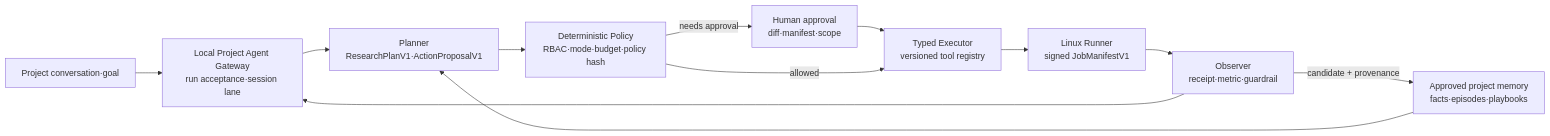
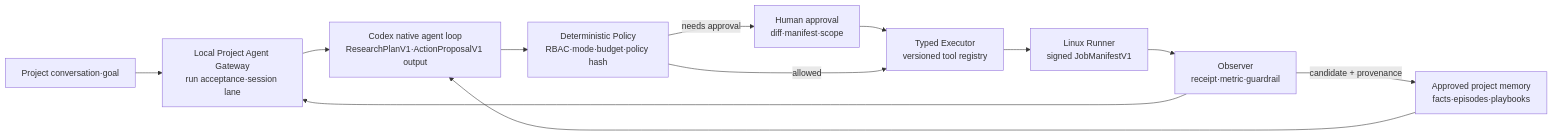
One commit to gli-minsuk-shin/GOSU changed the sixth of 6 diagrams in docs/ARCHITECTURE.md. Above: the diagram before and after it, drawn with Mermaid. The commit also changed other lines of this file and 24 other files, not shown here.

Commit message:
feat(desktop): adopt native Codex harness (#22)

````diff
--- a/docs/ARCHITECTURE.md
+++ b/docs/ARCHITECTURE.md
@@ -609,19 +626,19 @@
 ```mermaid
 flowchart LR
   User["Project conversation·goal"]
   Gateway["Local Project Agent Gateway\nrun acceptance·session lane"]
-  Planner["Planner\nResearchPlanV1·ActionProposalV1"]
+  Planner["Codex native agent loop\nResearchPlanV1·ActionProposalV1 output"]
   Policy["Deterministic Policy\nRBAC·mode·budget·policy hash"]
   Approval["Human approval\ndiff·manifest·scope"]
   Executor["Typed Executor\nversioned tool registry"]
   Runner["Linux Runner\nsigned JobManifestV1"]
   Observer["Observer\nreceipt·metric·guardrail"]
   Memory["Approved project memory\nfacts·episodes·playbooks"]
 
   User --> Gateway --> Planner --> Policy
   Policy -->|"needs approval"| Approval --> Executor
   Policy -->|"allowed"| Executor
   Executor --> Runner --> Observer --> Gateway
   Observer -->|"candidate + provenance"| Memory
   Memory --> Planner
 ```
````
